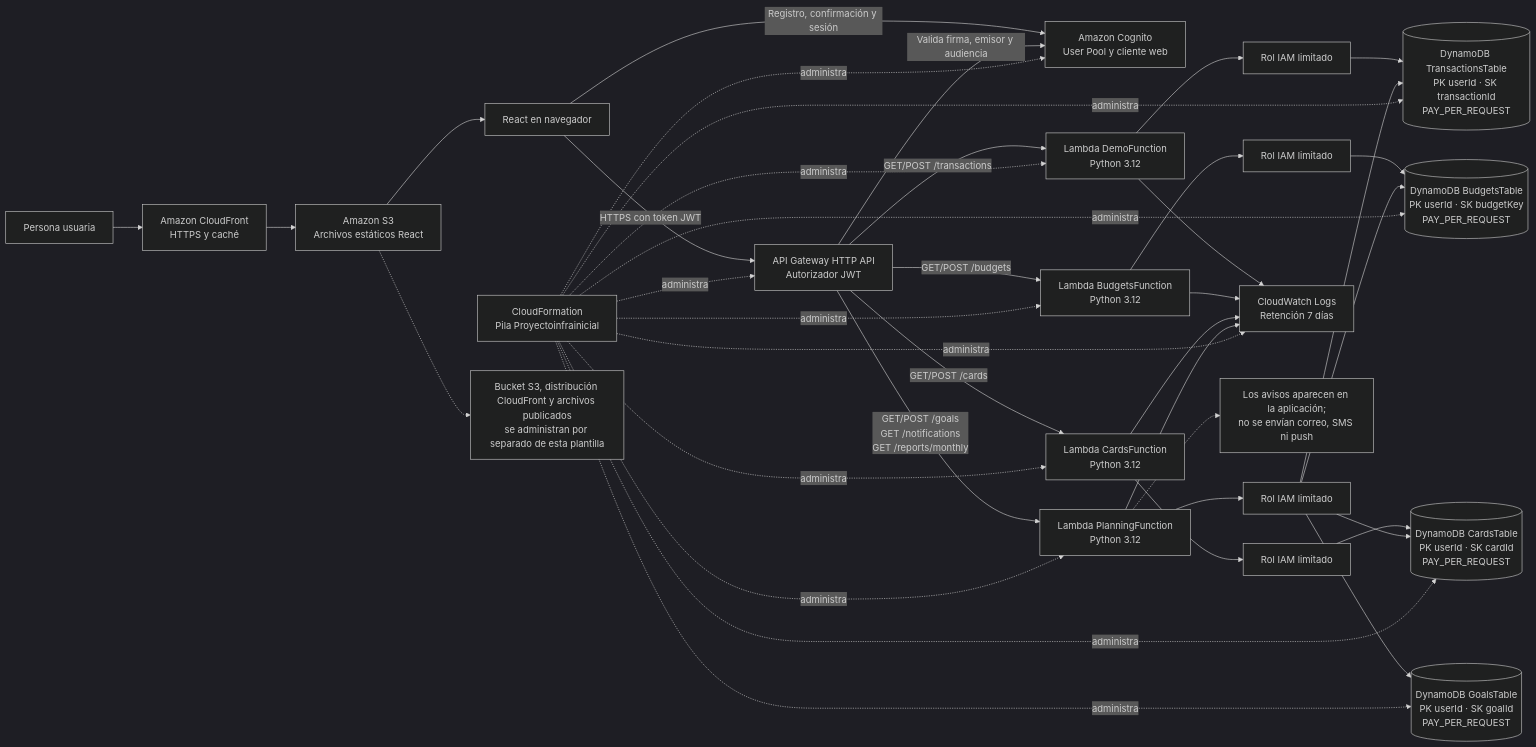
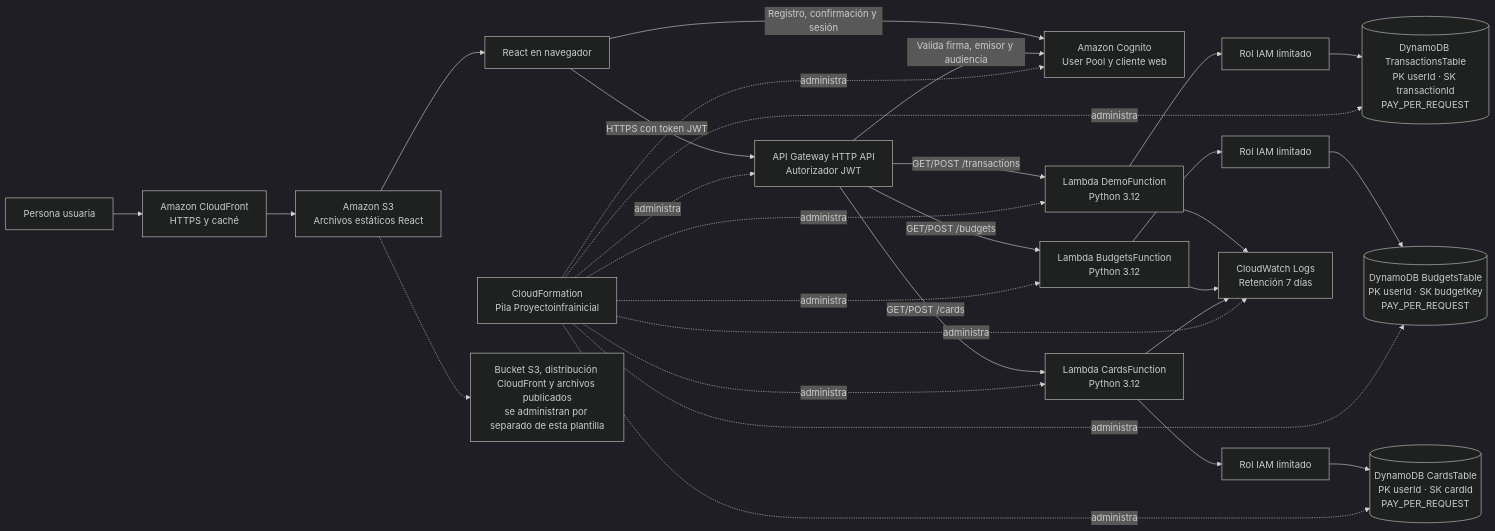
Before and after one commit to Diegogamer23/InfreastructuraProyecto: the diagram in Proyecto_Infra/architecture.mmd, drawn with Mermaid (dark theme). The commit also changed 18 other files, not shown here.

Commit message:
Trim planning features and package Lambda source

```diff
--- a/Proyecto_Infra/architecture.mmd
+++ b/Proyecto_Infra/architecture.mmd
@@ -1,53 +1,42 @@
 flowchart LR
     User[Persona usuaria]
     CDN[Amazon CloudFront<br/>HTTPS y caché]
     Site[Amazon S3<br/>Archivos estáticos React]
     Browser[React en navegador]
     Cognito[Amazon Cognito<br/>User Pool y cliente web]
     API[API Gateway HTTP API<br/>Autorizador JWT]
 
     User --> CDN --> Site
     Site --> Browser
     Browser -->|Registro, confirmación y sesión| Cognito
     Browser -->|HTTPS con token JWT| API
     API -->|Valida firma, emisor y audiencia| Cognito
 
     API -->|GET/POST /transactions| Tx[Lambda DemoFunction<br/>Python 3.12]
     API -->|GET/POST /budgets| Budget[Lambda BudgetsFunction<br/>Python 3.12]
     API -->|GET/POST /cards| Cards[Lambda CardsFunction<br/>Python 3.12]
-    API -->|GET/POST /goals<br/>GET /notifications<br/>GET /reports/monthly| Planning[Lambda PlanningFunction<br/>Python 3.12]
 
     Tx --> TxRole[Rol IAM limitado]
     Budget --> BudgetRole[Rol IAM limitado]
     Cards --> CardsRole[Rol IAM limitado]
-    Planning --> PlanningRole[Rol IAM limitado]
     TxRole --> TxTable[(DynamoDB TransactionsTable<br/>PK userId · SK transactionId<br/>PAY_PER_REQUEST)]
     BudgetRole --> BudgetTable[(DynamoDB BudgetsTable<br/>PK userId · SK budgetKey<br/>PAY_PER_REQUEST)]
     CardsRole --> CardsTable[(DynamoDB CardsTable<br/>PK userId · SK cardId<br/>PAY_PER_REQUEST)]
-    PlanningRole --> GoalsTable[(DynamoDB GoalsTable<br/>PK userId · SK goalId<br/>PAY_PER_REQUEST)]
-    PlanningRole --> TxTable
-    PlanningRole --> BudgetTable
-    PlanningRole --> CardsTable
 
     Tx --> Logs[CloudWatch Logs<br/>Retención 7 días]
     Budget --> Logs
     Cards --> Logs
-    Planning --> Logs
 
     Stack[CloudFormation<br/>Pila Proyectoinfrainicial]
     Stack -. administra .-> API
     Stack -. administra .-> Tx
     Stack -. administra .-> Budget
     Stack -. administra .-> Cards
-    Stack -. administra .-> Planning
     Stack -. administra .-> TxTable
     Stack -. administra .-> BudgetTable
     Stack -. administra .-> CardsTable
-    Stack -. administra .-> GoalsTable
     Stack -. administra .-> Cognito
     Stack -. administra .-> Logs
 
     HostingNote[Bucket S3, distribución CloudFront y archivos publicados<br/>se administran por separado de esta plantilla]
     Site -.-> HostingNote
-    Notice[Los avisos aparecen en la aplicación;<br/>no se envían correo, SMS ni push]
-    Planning -.-> Notice
```
